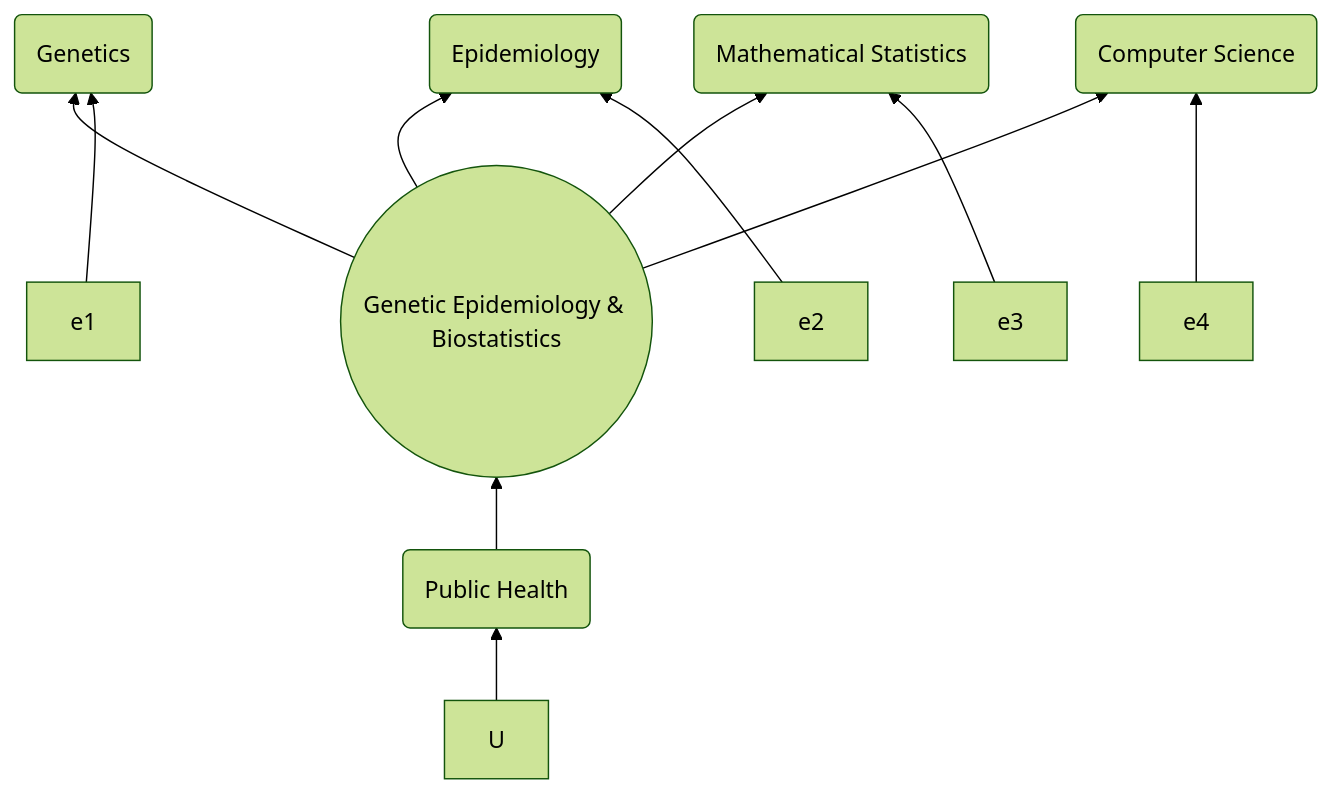
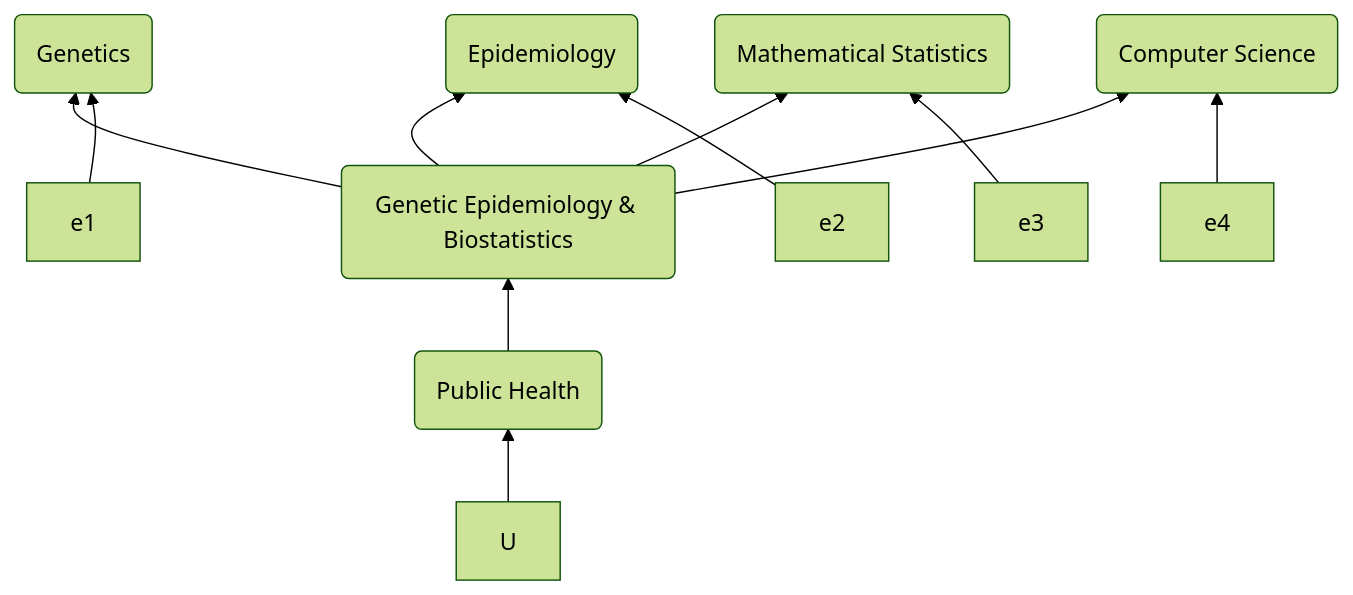
The diagram in docs/research.md (jinghuazhao/jinghuazhao.github.io), drawn with Mermaid (forest theme) before and after one commit.

````diff
--- a/docs/research.md
+++ b/docs/research.md
@@ -50,13 +50,13 @@
 ```mermaid
 graph BT;
 U --> A(Public Health);
-A(Public Health) --> B((Genetic Epidemiology & Biostatistics));
-B((Genetic Epidemiology & Biostatistics)) --> F1(Genetics);
-B((Genetic Epidemiology & Biostatistics)) --> F2(Epidemiology);
-B((Genetic Epidemiology & Biostatistics)) --> F3(Mathematical Statistics);
-B((Genetic Epidemiology & Biostatistics)) --> F4(Computer Science);
+A(Public Health) --> B(Genetic Epidemiology & Biostatistics);
+B(Genetic Epidemiology & Biostatistics) --> F1(Genetics);
+B(Genetic Epidemiology & Biostatistics) --> F2(Epidemiology);
+B(Genetic Epidemiology & Biostatistics) --> F3(Mathematical Statistics);
+B(Genetic Epidemiology & Biostatistics) --> F4(Computer Science);
 e1 --> F1(Genetics);
 e2 --> F2(Epidemiology);
 e3 --> F3(Mathematical Statistics);
 e4 --> F4(Computer Science);
 ```
````
